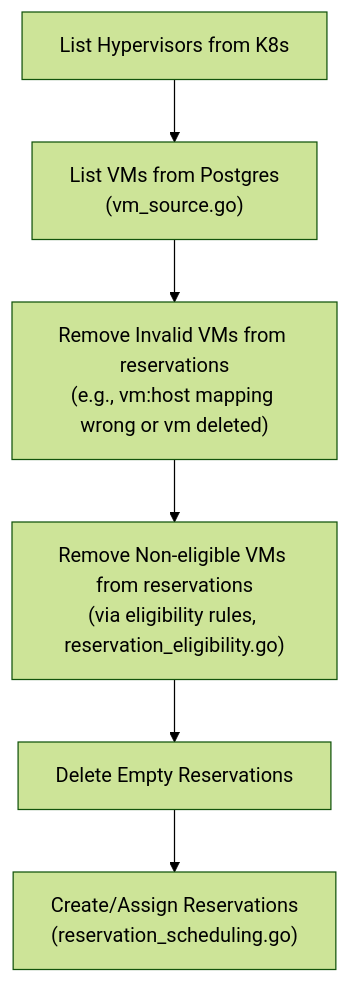
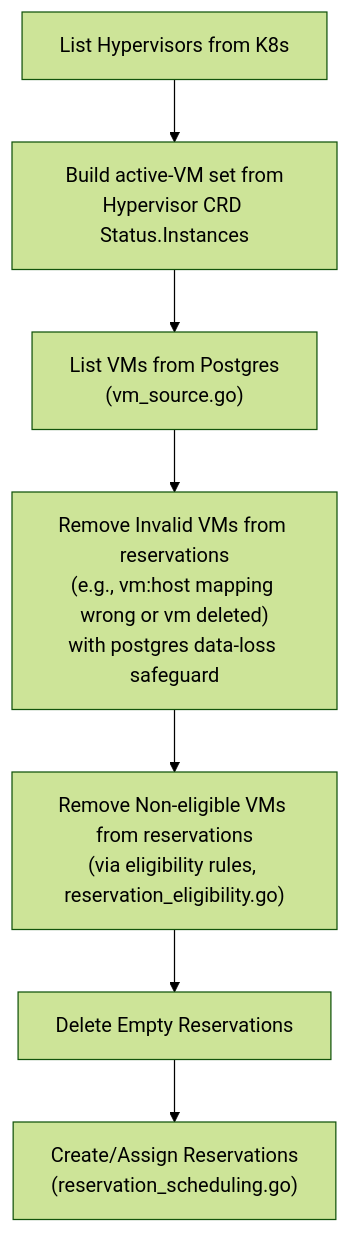
Before and after one commit to cobaltcore-dev/cortex: the first of 4 diagrams in docs/reservations/failover-reservations.md, drawn with Mermaid (forest theme). The commit also changed other lines of this file, not shown here.

Commit message:
docs(failover): document postgres data-loss safeguard

````diff
--- a/docs/reservations/failover-reservations.md
+++ b/docs/reservations/failover-reservations.md
@@ -26,11 +26,12 @@
 ```mermaid
 flowchart TD
     P1[List Hypervisors from K8s]
+    P1b["Build active-VM set from<br/>Hypervisor CRD Status.Instances"]
     P2["List VMs from Postgres<br/>(vm_source.go)"]
-    P3["Remove Invalid VMs from reservations<br/>(e.g., vm:host mapping wrong or vm deleted)"]
+    P3["Remove Invalid VMs from reservations<br/>(e.g., vm:host mapping wrong or vm deleted)<br/>with postgres data-loss safeguard"]
     P4["Remove Non-eligible VMs from reservations<br/>(via eligibility rules, reservation_eligibility.go)"]
     P5[Delete Empty Reservations]
     P6["Create/Assign Reservations<br/>(reservation_scheduling.go)"]
     
-    P1 --> P2 --> P3 --> P4 --> P5 --> P6
+    P1 --> P1b --> P2 --> P3 --> P4 --> P5 --> P6
 ```
````
